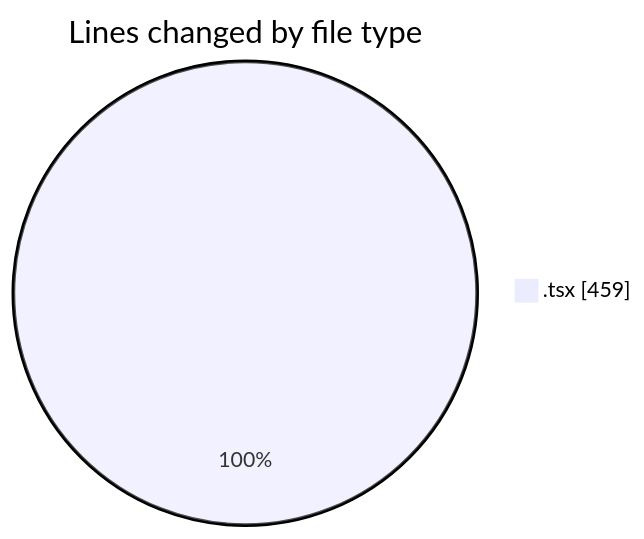
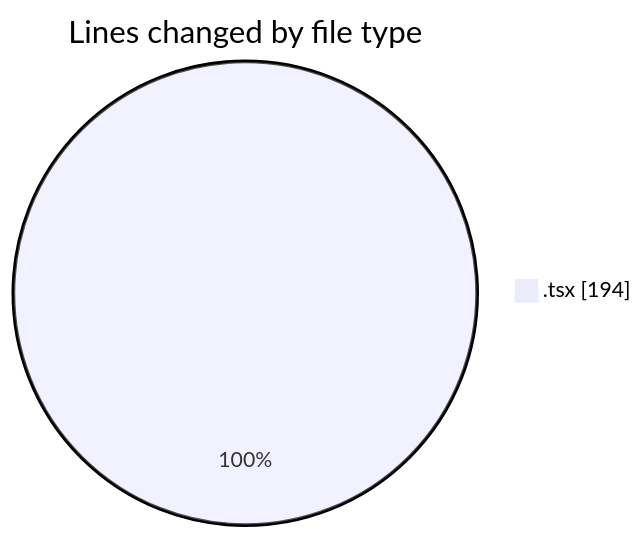
The first of 2 diagrams in 2026-04-27/cda/README.md (momahboobian/code-tracking), drawn with Mermaid before and after one commit. The commit also changed other lines of this file and 1 other file, not shown here.

````diff
--- a/2026-04-27/cda/README.md
+++ b/2026-04-27/cda/README.md
@@ -21,5 +20,5 @@
 ```mermaid
 pie showData
 title Lines changed by file type
-".tsx" : 459
+".tsx" : 194
 ```
````
